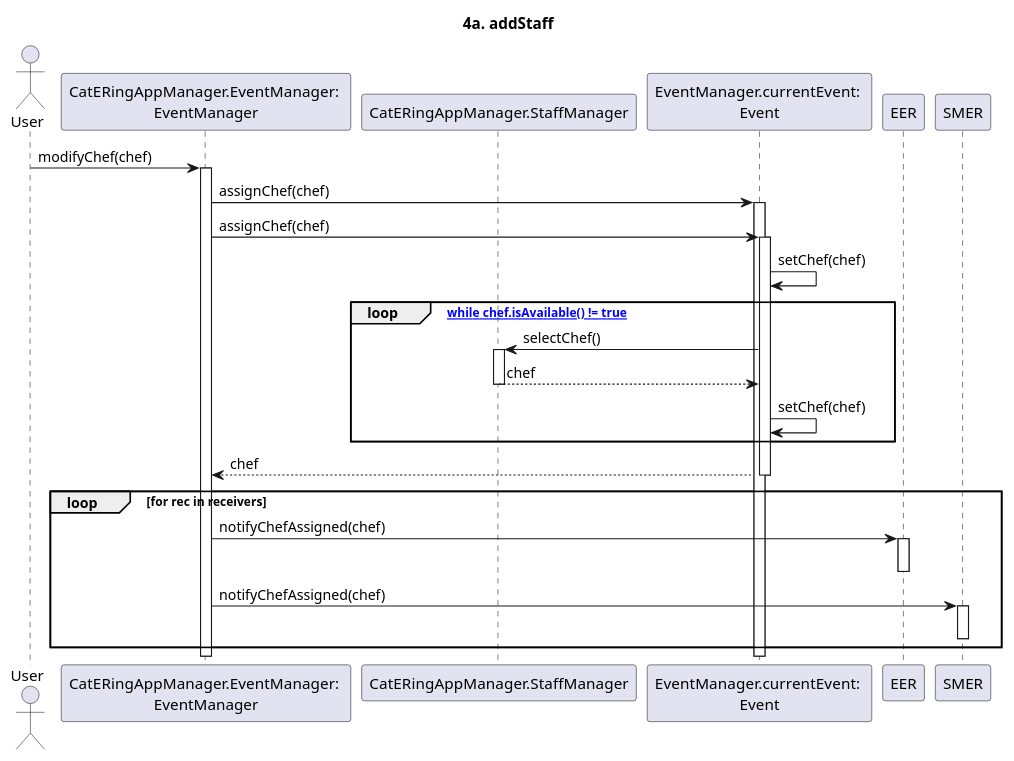
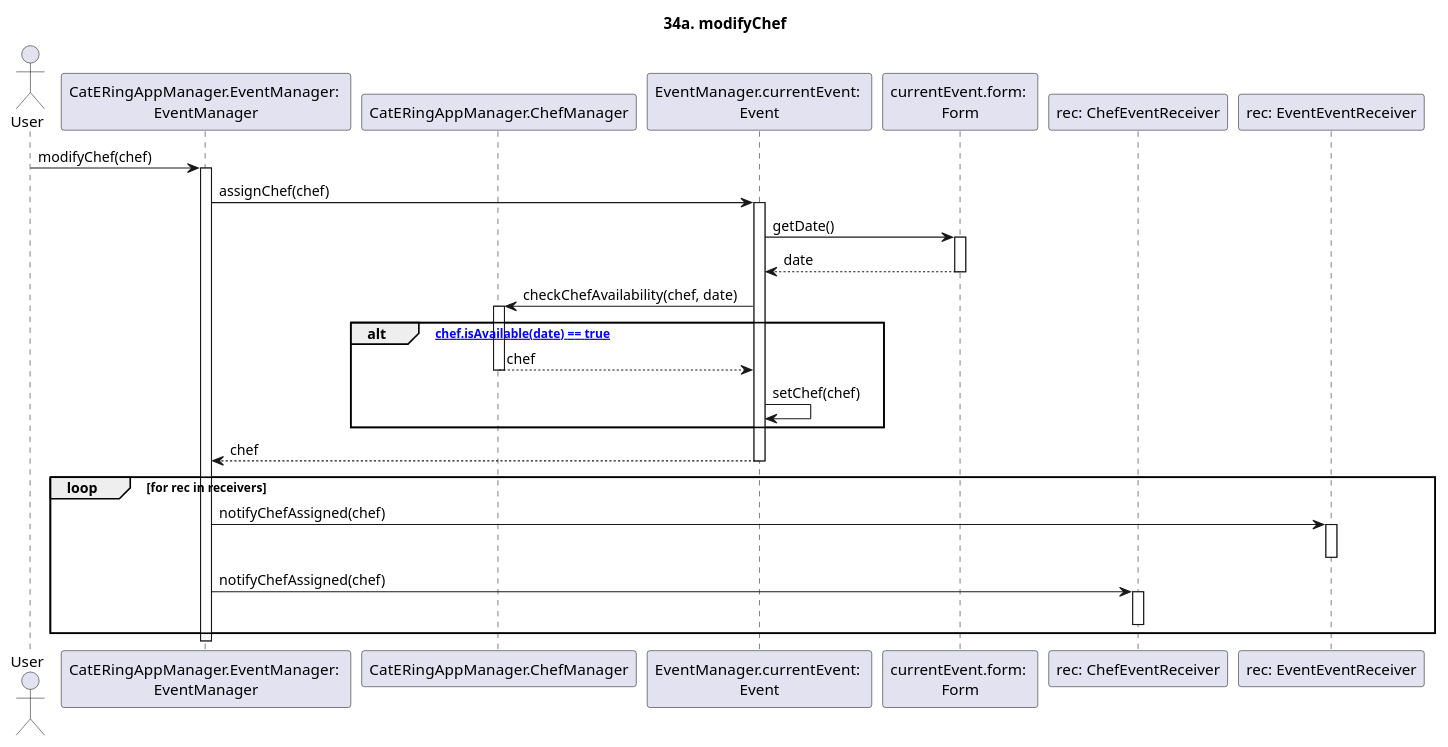
Before and after one commit to m0canu1/sas: the diagram in dsd/dsd-eventi/estensioniEcc/34a-modifyChef.md, drawn with PlantUML. The commit also changed 3 other files, not shown here.

Commit message:
corrette cose riguardo a chef e staff

````diff
--- a/dsd/dsd-eventi/estensioniEcc/34a-modifyChef.md
+++ b/dsd/dsd-eventi/estensioniEcc/34a-modifyChef.md
@@ -1,34 +1,39 @@
 ```plantuml
 
-title: 4a. addStaff
+title: 34a. modifyChef
 
 Actor User
 Participant "CatERingAppManager.EventManager: \nEventManager" as EM
-Participant "CatERingAppManager.StaffManager" as SM
+Participant "CatERingAppManager.ChefManager" as SM
 Participant "EventManager.currentEvent: \nEvent" as CE
+Participant "currentEvent.form: \nForm" as F
+Participant "rec: ChefEventReceiver" as CER
+Participant "rec: EventEventReceiver" as EER
 
 User -> EM: modifyChef(chef)
 Activate EM
 EM -> CE: assignChef(chef)
 Activate CE
-EM -> CE: assignChef(chef)
-Activate CE
-CE -> CE: setChef(chef)
-loop ["while chef.isAvailable() != true"]
-    CE -> SM: selectChef()
+    CE -> F: getDate()
+    Activate F
+    F --> CE: date
+    Deactivate F
+    CE -> SM: checkChefAvailability(chef, date)
+alt ["chef.isAvailable(date) == true"]
     Activate SM
     SM --> CE: chef
     Deactivate SM
     CE -> CE: setChef(chef)
 end
 CE --> EM: chef
 Deactivate CE
 loop for rec in receivers
   EM -> EER: notifyChefAssigned(chef)
   Activate EER
   Deactivate EER
-  EM -> SMER: notifyChefAssigned(chef)
-  Activate SMER
-  Deactivate SMER
+  EM -> CER: notifyChefAssigned(chef)
+  Activate CER
+  Deactivate CER
 end
+Deactivate EM
 ```
````
